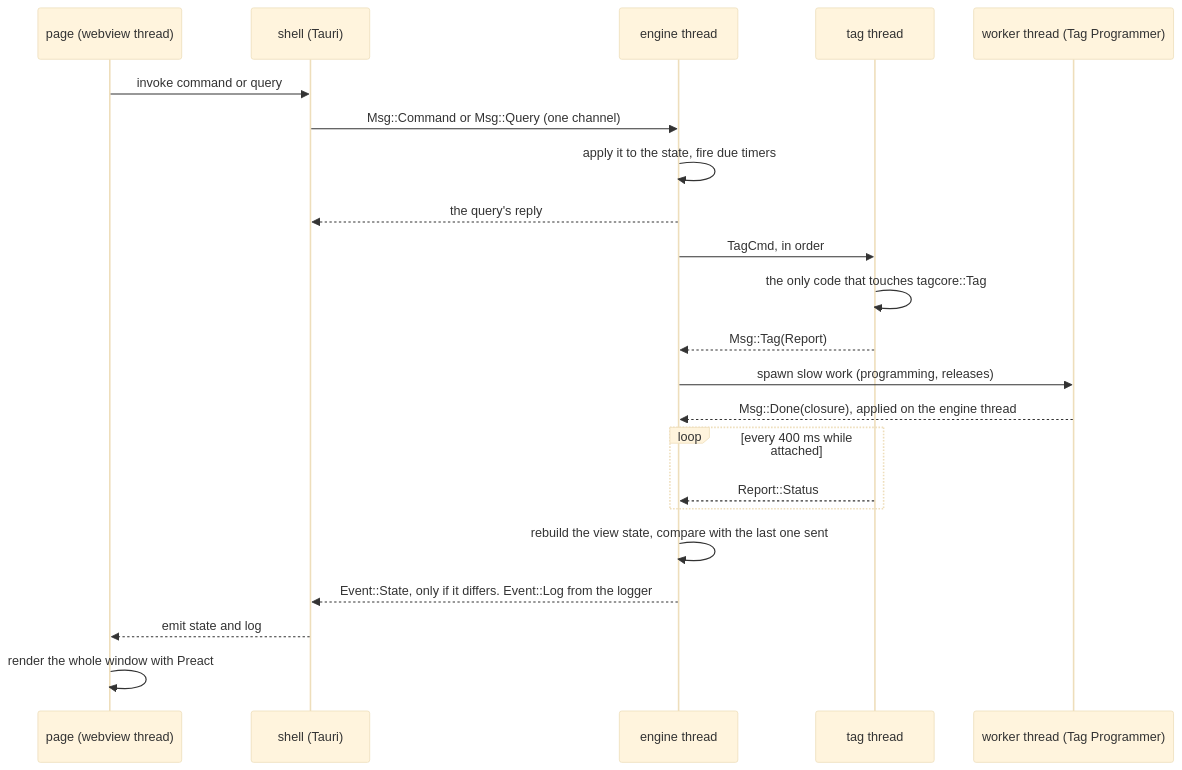
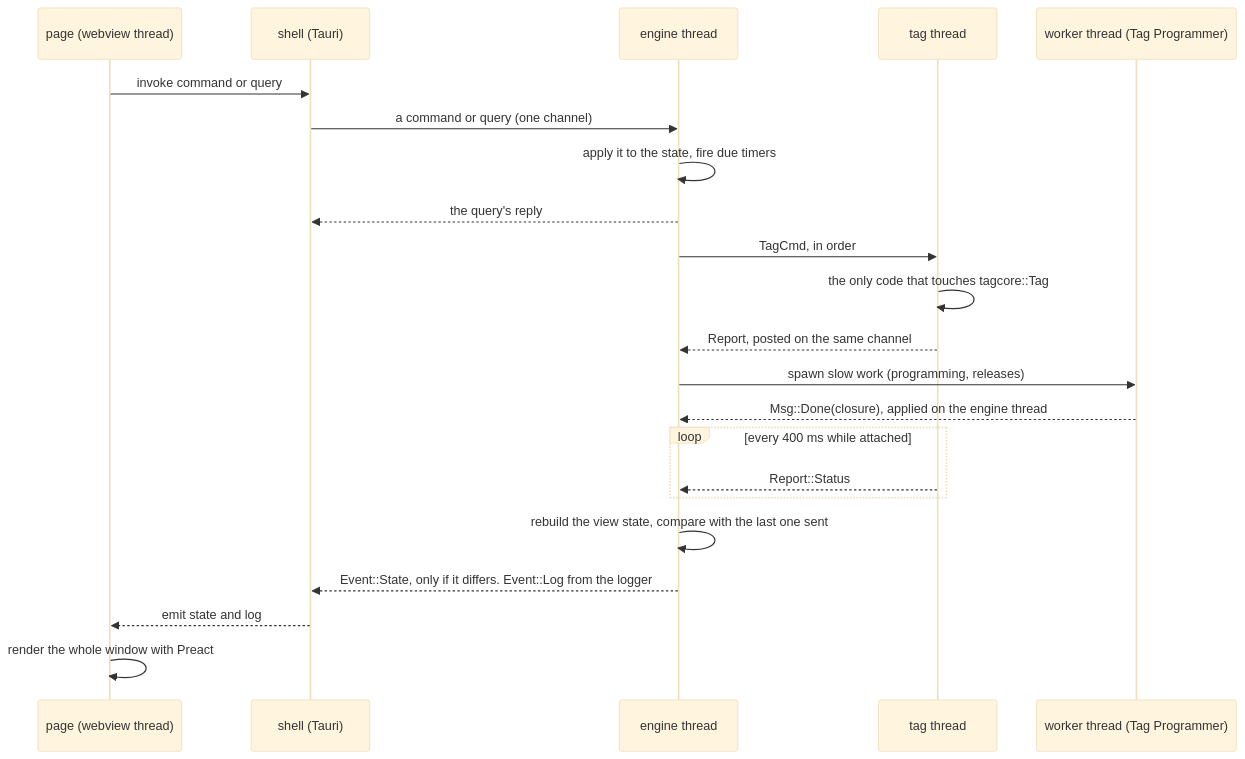
The second of 2 diagrams in host/design/guide/10-application-pattern.md (tag-designs/software), drawn with Mermaid (base theme) before and after one commit. The commit also changed other lines of this file and 23 other files, not shown here.

````diff
--- a/host/design/guide/10-application-pattern.md
+++ b/host/design/guide/10-application-pattern.md
@@ -59,24 +59,24 @@
 ```mermaid
 sequenceDiagram
   participant P as page (webview thread)
   participant S as shell (Tauri)
   participant E as engine thread
   participant T as tag thread
   participant W as worker thread (Tag Programmer)
   P->>S: invoke command or query
-  S->>E: Msg::Command or Msg::Query (one channel)
+  S->>E: a command or query (one channel)
   E->>E: apply it to the state, fire due timers
   E-->>S: the query's reply
   E->>T: TagCmd, in order
   T->>T: the only code that touches tagcore::Tag
-  T-->>E: Msg::Tag(Report)
+  T-->>E: Report, posted on the same channel
   E->>W: spawn slow work (programming, releases)
   W-->>E: Msg::Done(closure), applied on the engine thread
   loop every 400 ms while attached
     T-->>E: Report::Status
   end
   E->>E: rebuild the view state, compare with the last one sent
   E-->>S: Event::State, only if it differs. Event::Log from the logger
   S-->>P: emit state and log
   P->>P: render the whole window with Preact
 ```
````
